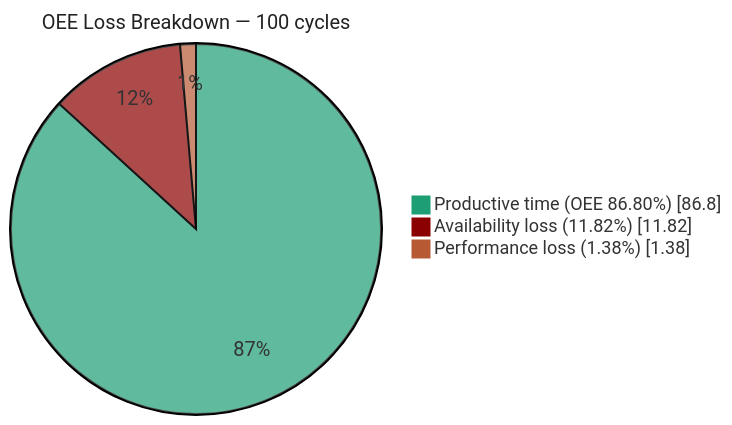
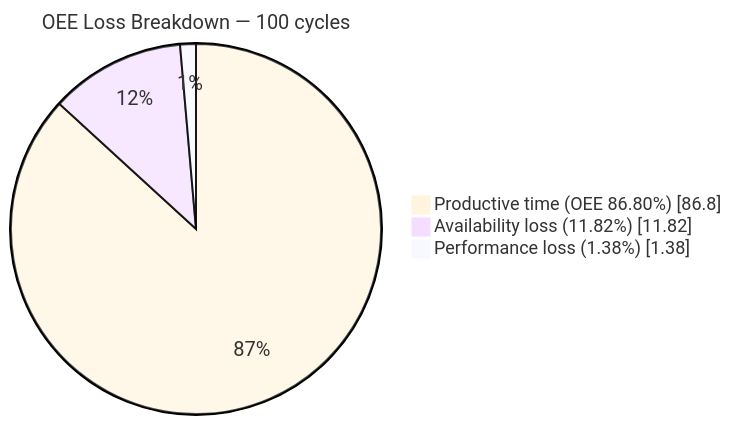
Before and after one commit to jorgefajardom-coder/drone-packaging-simulation-unity: the seventh of 16 diagrams in README.md, drawn with Mermaid. The commit also changed other lines of this file, not shown here.

Commit message:
FINAL README

````diff
--- a/README.md
+++ b/README.md
@@ -1182,8 +1182,8 @@
 ```mermaid
-%%{init: {'theme': 'base', 'themeVariables': {'pie1': '#1D9E75', 'pie2': '#8b0000', 'pie3': '#B75A34', 'pieTextColor': '#fff', 'pieTitleTextColor': '#222', 'pieSectionTextSize': '20px', 'pieLegendTextSize': '18px', 'pieTitleTextSize': '20px'}}}%%
+%%{init: {'theme': 'base', 'themeVariables': {'pieSectionTextSize': '20px', 'pieLegendTextSize': '18px', 'pieTitleTextSize': '20px'}}}%%
 pie showData
     title OEE Loss Breakdown — 100 cycles
     "Productive time (OEE 86.80%)" : 86.80
     "Availability loss (11.82%)"   : 11.82
     "Performance loss (1.38%)"     : 1.38
 ```
````
